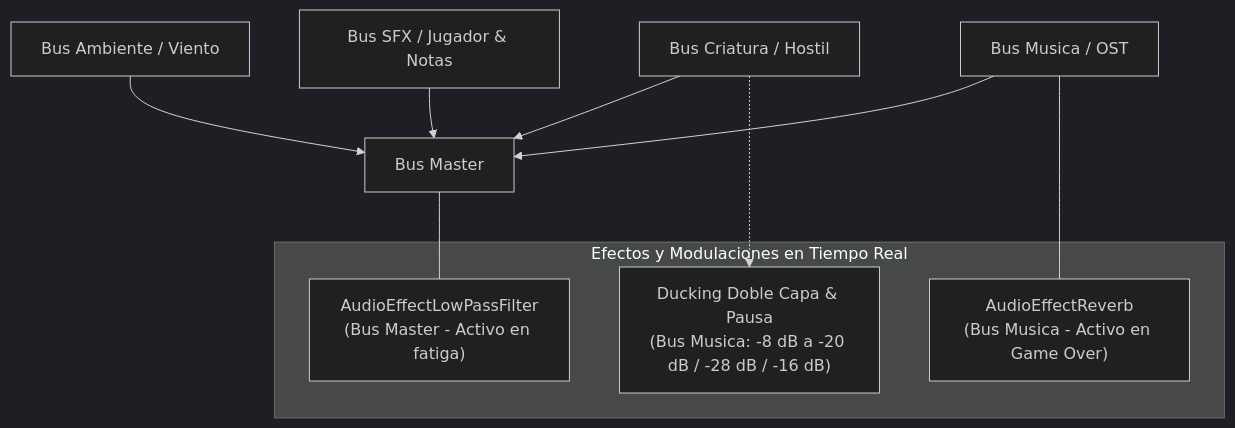
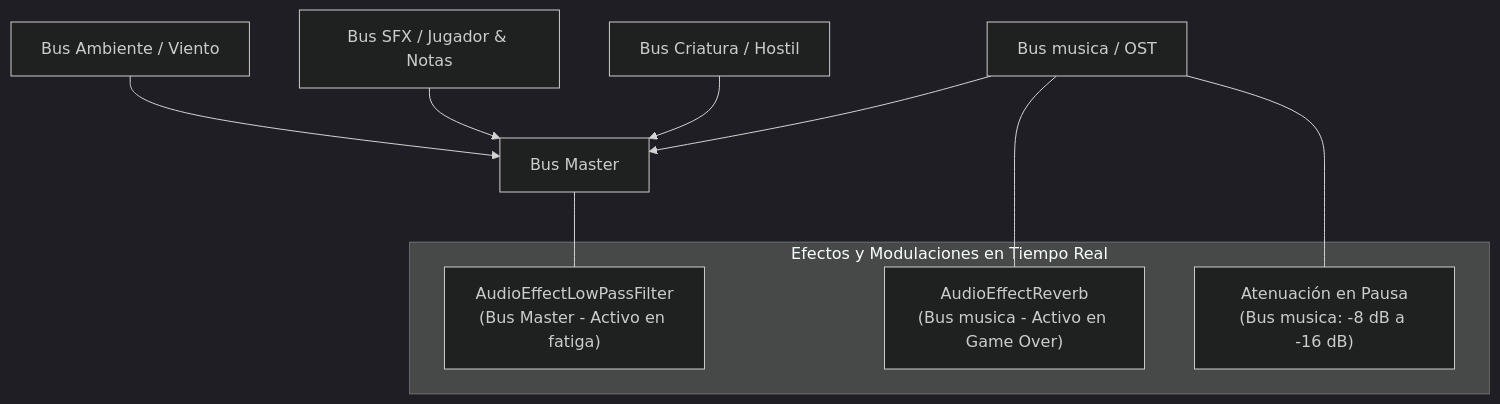
One commit to EmGamex/vosque changed the diagram in docs/interfaz_y_audio/audio_y_feedback.md. Above: the diagram before and after it, drawn with Mermaid (dark theme). The commit also changed other lines of this file and 3 other files, not shown here.

````diff
--- a/docs/interfaz_y_audio/audio_y_feedback.md
+++ b/docs/interfaz_y_audio/audio_y_feedback.md
@@ -26,18 +26,18 @@
 ```mermaid
 flowchart TD
     Master[Bus Master]
     Ambiente[Bus Ambiente / Viento] --> Master
     Efectos[Bus SFX / Jugador & Notas] --> Master
     Criatura[Bus Criatura / Hostil] --> Master
-    Musica[Bus Musica / OST] --> Master
+    Musica[Bus musica / OST] --> Master
 
     subgraph Modulaciones ["Efectos y Modulaciones en Tiempo Real"]
         FiltroFatiga["AudioEffectLowPassFilter<br/>(Bus Master - Activo en fatiga)"]
-        ReverbGameOver["AudioEffectReverb<br/>(Bus Musica - Activo en Game Over)"]
-        DuckingDobleCapa["Ducking Doble Capa & Pausa<br/>(Bus Musica: -8 dB a -20 dB / -28 dB / -16 dB)"]
+        ReverbGameOver["AudioEffectReverb<br/>(Bus musica - Activo en Game Over)"]
+        AtenuacionPausa["Atenuación en Pausa<br/>(Bus musica: -8 dB a -16 dB)"]
     end
 
     Master --- FiltroFatiga
     Musica --- ReverbGameOver
-    Criatura -.-> DuckingDobleCapa
+    Musica --- AtenuacionPausa
 ```
````
